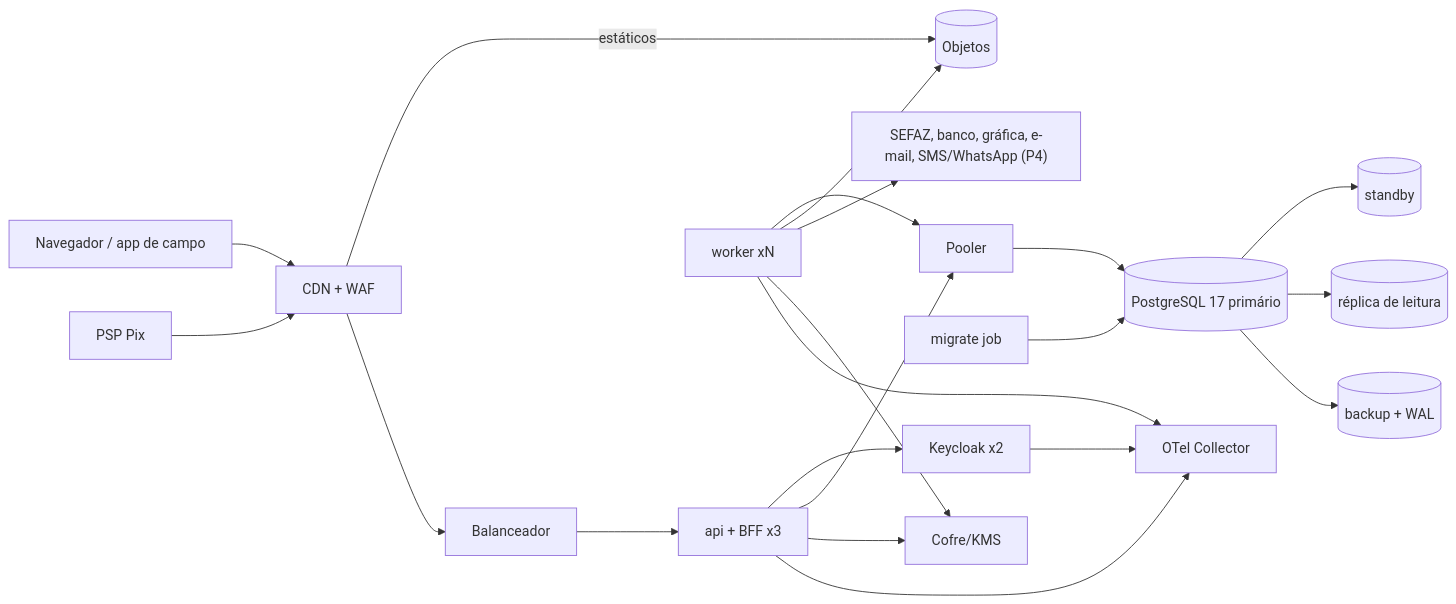
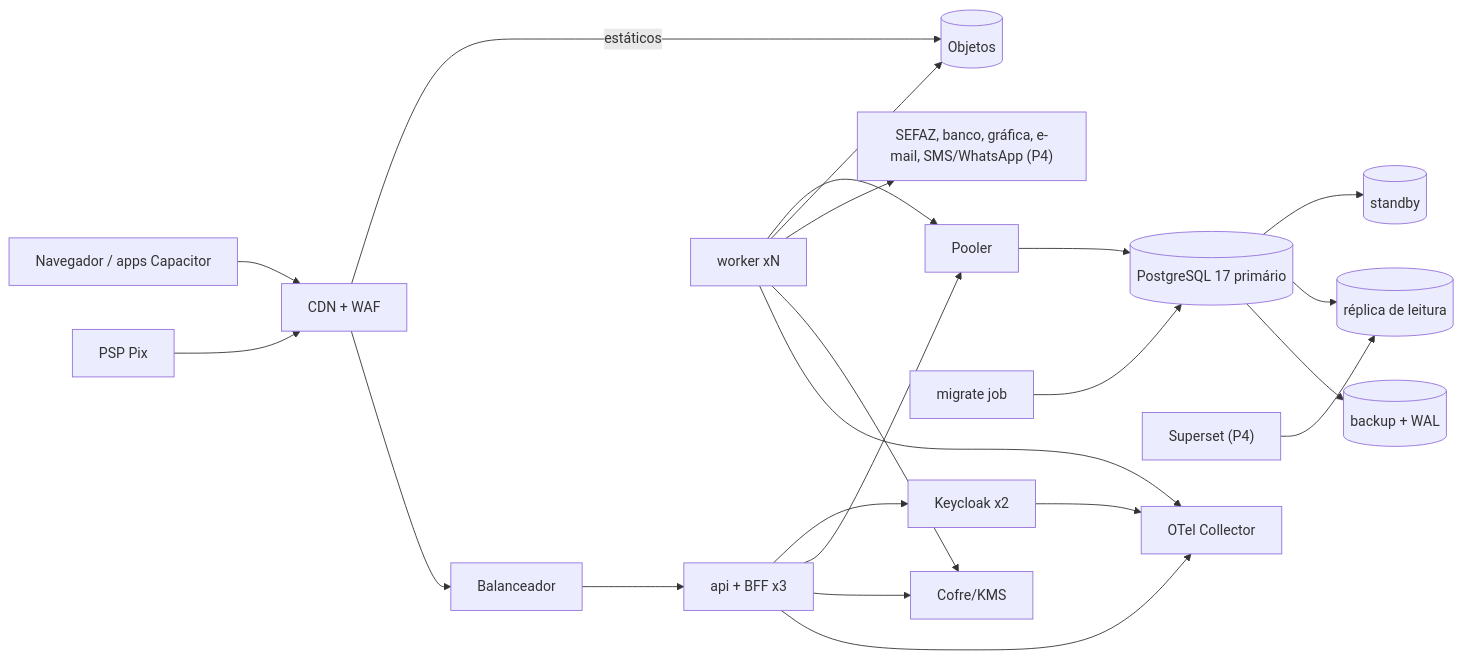
The diagram in docs/arquitetura/ARQUITETURA-ALVO.md (mastersonmdaniel/Ziip_San), drawn with Mermaid before and after one commit. The commit also changed other lines of this file and 18 other files, not shown here.

````diff
--- a/docs/arquitetura/ARQUITETURA-ALVO.md
+++ b/docs/arquitetura/ARQUITETURA-ALVO.md
@@ -29,20 +34,21 @@
 ```mermaid
 flowchart LR
-  U[Navegador / app de campo] --> E[CDN + WAF]
+  U[Navegador / apps Capacitor] --> E[CDN + WAF]
   PSP[PSP Pix] --> E
   E -->|estáticos| OBJ[(Objetos)]
   E --> LB[Balanceador]
   LB --> API[api + BFF x3]
   API --> KC[Keycloak x2]
   API --> PGB[Pooler]
   W[worker xN] --> PGB
   M[migrate job] --> PG
   PGB --> PG[(PostgreSQL 17 primário)]
   PG --> SB[(standby)]
   PG --> RR[(réplica de leitura)]
+  BI["Superset (P4)"] --> RR
   PG --> BK[(backup + WAL)]
   W --> OBJ
   W --> EXT["SEFAZ, banco, gráfica, e-mail, SMS/WhatsApp (P4)"]
   API & W --> KMS[Cofre/KMS]
   API & W & KC --> OTEL[OTel Collector]
 ```
````
